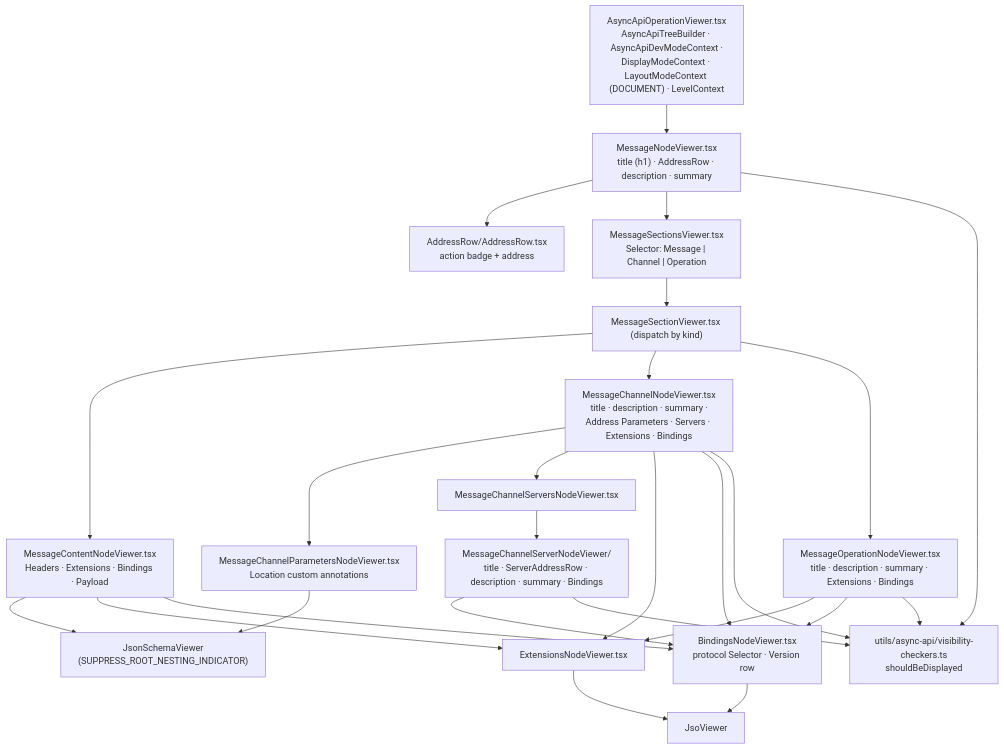
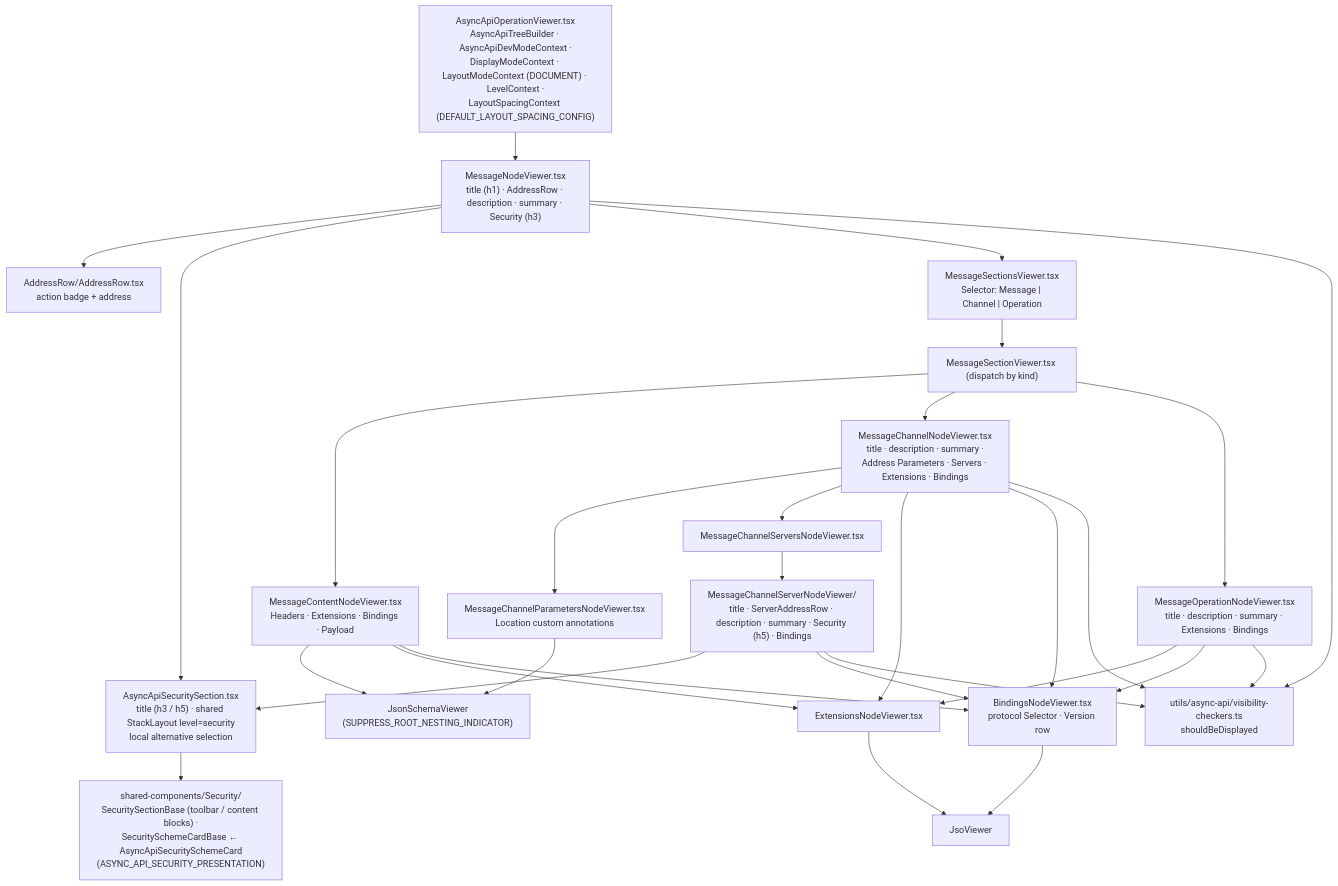
The diagram in frontend/api-doc-viewer/docs/design/async-api/architecture/viewer-plain.md (Netcracker/qubership-apihub), drawn with Mermaid before and after one commit. The commit also changed 6039 other files, not shown here.

Commit message:
feat: New `OpenApiOperationViewer`, `OpenApiOperationDiffsViewer` from `api-doc-viewer` instead of legacy `OperationApi`, `DiffOperationApi` from legacy `apispec-view`

````diff
--- a/frontend/api-doc-viewer/docs/design/async-api/architecture/viewer-plain.md
+++ b/frontend/api-doc-viewer/docs/design/async-api/architecture/viewer-plain.md
@@ -6,45 +6,50 @@
 ```mermaid
 flowchart TB
-  Root["AsyncApiOperationViewer.tsx<br/>AsyncApiTreeBuilder · AsyncApiDevModeContext ·<br/>DisplayModeContext · LayoutModeContext (DOCUMENT) · LevelContext"]
-  Message["MessageNodeViewer.tsx<br/>title (h1) · AddressRow · description · summary"]
+  Root["AsyncApiOperationViewer.tsx<br/>AsyncApiTreeBuilder · AsyncApiDevModeContext ·<br/>DisplayModeContext · LayoutModeContext (DOCUMENT) · LevelContext ·<br/>LayoutSpacingContext (DEFAULT_LAYOUT_SPACING_CONFIG)"]
+  Message["MessageNodeViewer.tsx<br/>title (h1) · AddressRow · description · summary · Security (h3)"]
+  Security["AsyncApiSecuritySection.tsx<br/>title (h3 / h5) · shared StackLayout level=security<br/>local alternative selection"]
+  SecurityShared["shared-components/Security/<br/>SecuritySectionBase (toolbar / content blocks) ·<br/>SecuritySchemeCardBase ← AsyncApiSecuritySchemeCard<br/>(ASYNC_API_SECURITY_PRESENTATION)"]
   Address["AddressRow/AddressRow.tsx<br/>action badge + address"]
   Sections["MessageSectionsViewer.tsx<br/>Selector: Message | Channel | Operation"]
   Section["MessageSectionViewer.tsx (dispatch by kind)"]
   Content["MessageContentNodeViewer.tsx<br/>Headers · Extensions · Bindings · Payload"]
   Channel["MessageChannelNodeViewer.tsx<br/>title · description · summary ·<br/>Address Parameters · Servers · Extensions · Bindings"]
   Operation["MessageOperationNodeViewer.tsx<br/>title · description · summary · Extensions · Bindings"]
   Params["MessageChannelParametersNodeViewer.tsx<br/>Location custom annotations"]
   Servers["MessageChannelServersNodeViewer.tsx"]
-  Server["MessageChannelServerNodeViewer/<br/>title · ServerAddressRow · description · summary · Bindings"]
+  Server["MessageChannelServerNodeViewer/<br/>title · ServerAddressRow · description · summary · Security (h5) · Bindings"]
   Bindings["BindingsNodeViewer.tsx<br/>protocol Selector · Version row"]
   Extensions["ExtensionsNodeViewer.tsx"]
   Visibility["utils/async-api/visibility-checkers.ts<br/>shouldBeDisplayed"]
   JsonSchema["JsonSchemaViewer<br/>(SUPPRESS_ROOT_NESTING_INDICATOR)"]
   Jso["JsoViewer"]
 
   Root --> Message
   Message --> Address
+  Message --> Security
+  Server --> Security
+  Security --> SecurityShared
   Message --> Sections
   Sections --> Section
   Section --> Content
   Section --> Channel
   Section --> Operation
   Content --> JsonSchema
   Content --> Extensions
   Content --> Bindings
   Channel --> Params
   Channel --> Servers
   Channel --> Extensions
   Channel --> Bindings
   Operation --> Extensions
   Operation --> Bindings
   Servers --> Server
   Server --> Bindings
   Params --> JsonSchema
   Bindings --> Jso
   Extensions --> Jso
   Message --> Visibility
   Channel --> Visibility
   Operation --> Visibility
   Server --> Visibility
 ```
````
